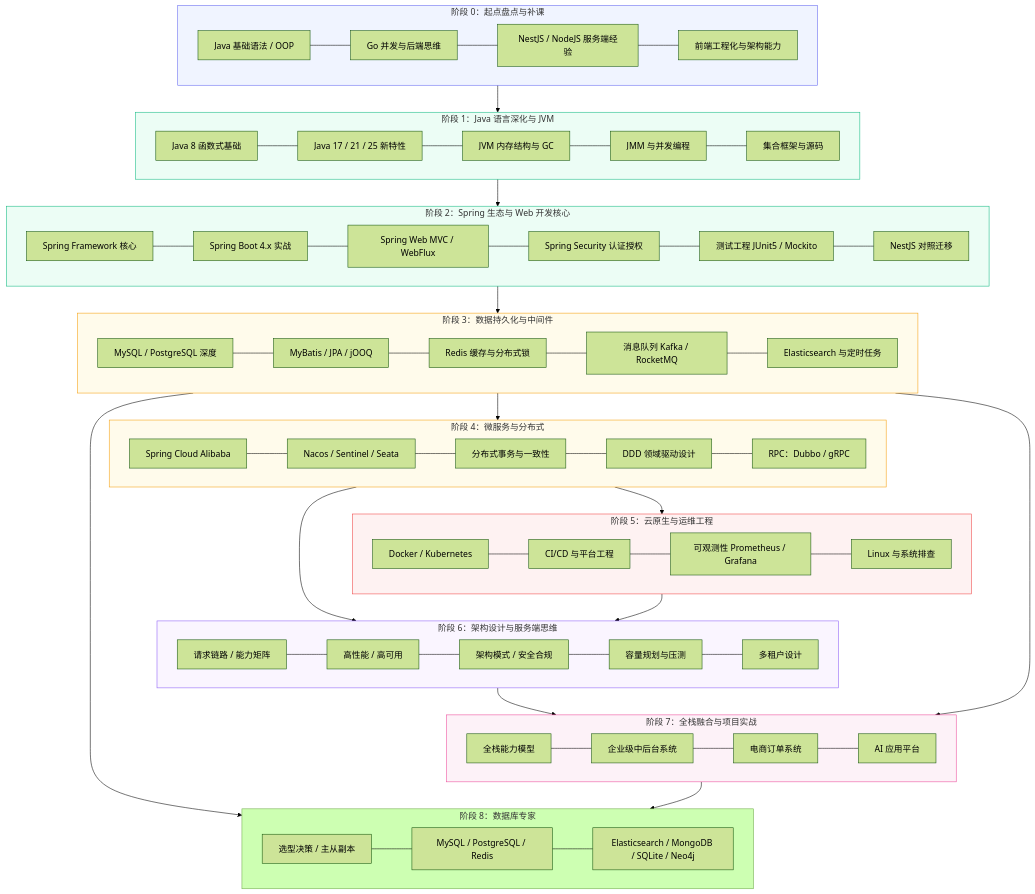
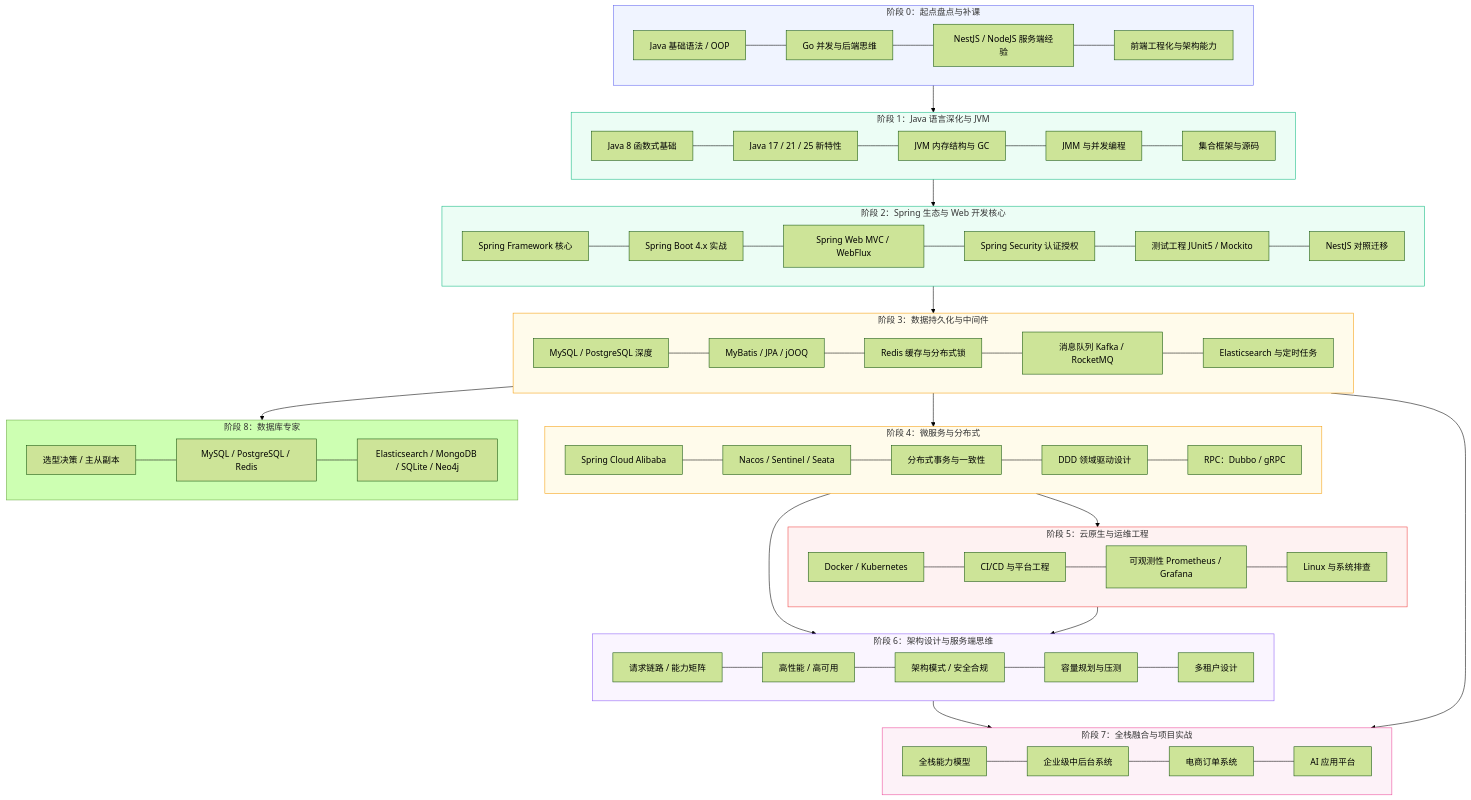
Before and after one commit to umlink/java-full-stack: the diagram in docs/README.md, drawn with Mermaid (forest theme). The commit also changed other lines of this file and 2 other files, not shown here.

````diff
--- a/docs/README.md
+++ b/docs/README.md
@@ -12,68 +12,67 @@
 ```mermaid
 flowchart TD
     subgraph P0[阶段 0：起点盘点与补课]
         direction LR
         A0[Java 基础语法 / OOP] --- A1[Go 并发与后端思维] --- A2[NestJS / NodeJS 服务端经验] --- A3[前端工程化与架构能力]
     end
 
     subgraph P1[阶段 1：Java 语言深化与 JVM]
         direction LR
         B1[Java 8 函数式基础] --- B2[Java 17 / 21 / 25 新特性] --- B3[JVM 内存结构与 GC] --- B4[JMM 与并发编程] --- B5[集合框架与源码]
     end
 
     subgraph P2[阶段 2：Spring 生态与 Web 开发核心]
         direction LR
         C1[Spring Framework 核心] --- C2[Spring Boot 4.x 实战] --- C3[Spring Web MVC / WebFlux] --- C4[Spring Security 认证授权] --- C5[测试工程 JUnit5 / Mockito] --- C6[NestJS 对照迁移]
     end
 
     subgraph P3[阶段 3：数据持久化与中间件]
         direction LR
         D1[MySQL / PostgreSQL 深度] --- D2[MyBatis / JPA / jOOQ] --- D3[Redis 缓存与分布式锁] --- D4[消息队列 Kafka / RocketMQ] --- D5[Elasticsearch 与定时任务]
     end
 
     subgraph P4[阶段 4：微服务与分布式]
         direction LR
         E1[Spring Cloud Alibaba] --- E2[Nacos / Sentinel / Seata] --- E3[分布式事务与一致性] --- E4[DDD 领域驱动设计] --- E5[RPC：Dubbo / gRPC]
     end
 
     subgraph P5[阶段 5：云原生与运维工程]
         direction LR
         F1[Docker / Kubernetes] --- F2[CI/CD 与平台工程] --- F3[可观测性 Prometheus / Grafana] --- F4[Linux 与系统排查]
     end
 
     subgraph P6[阶段 6：架构设计与服务端思维]
         direction LR
         G1[请求链路 / 能力矩阵] --- G2[高性能 / 高可用] --- G3[架构模式 / 安全合规] --- G4[容量规划与压测] --- G5[多租户设计]
     end
 
     subgraph P7[阶段 7：全栈融合与项目实战]
         direction LR
         H1[全栈能力模型] --- H2[企业级中后台系统] --- H3[电商订单系统] --- H4[AI 应用平台]
     end
 
     subgraph P8[阶段 8：数据库专家]
         direction LR
         I1[选型决策 / 主从副本] --- I2[MySQL / PostgreSQL / Redis] --- I3[Elasticsearch / MongoDB / SQLite / Neo4j]
     end
 
     P0 --> P1
     P1 --> P2
     P2 --> P3
     P3 --> P4
     P4 --> P5
     P4 --> P6
     P5 --> P6
     P6 --> P7
     P3 --> P7
     P3 --> P8
-    P7 --> P8
 
     style P0 fill:#f0f4ff,stroke:#6366f1
     style P1 fill:#ecfdf5,stroke:#10b981
     style P2 fill:#ecfdf5,stroke:#10b981
     style P3 fill:#fffbeb,stroke:#f59e0b
     style P4 fill:#fffbeb,stroke:#f59e0b
     style P5 fill:#fef2f2,stroke:#ef4444
     style P6 fill:#faf5ff,stroke:#8b5cf6
     style P7 fill:#fdf2f8,stroke:#ec4899
 ```
````
